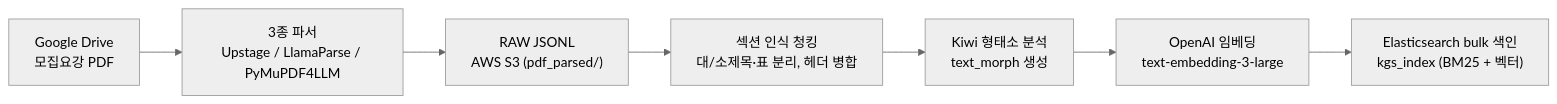
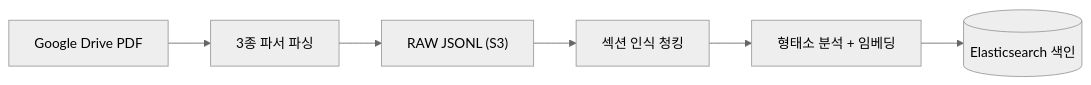
The second of 4 diagrams in README.md (ev1025/HY_LLM_Chain), drawn with Mermaid (neutral theme) before and after one commit. The commit also changed other lines of this file, not shown here.

````diff
--- a/README.md
+++ b/README.md
@@ -59,9 +124,8 @@
 ```mermaid
 flowchart LR
-    A["Google Drive<br/>모집요강 PDF"] --> B["3종 파서<br/>Upstage / LlamaParse / PyMuPDF4LLM"]
-    B --> C["RAW JSONL<br/>AWS S3 (pdf_parsed/)"]
-    C --> D["섹션 인식 청킹<br/>대/소제목·표 분리, 헤더 병합"]
-    D --> E["Kiwi 형태소 분석<br/>text_morph 생성"]
-    E --> F["OpenAI 임베딩<br/>text-embedding-3-large"]
-    F --> G["Elasticsearch bulk 색인<br/>kgs_index (BM25 + 벡터)"]
+    A["Google Drive PDF"] --> B["3종 파서 파싱"]
+    B --> C["RAW JSONL (S3)"]
+    C --> D["섹션 인식 청킹"]
+    D --> E["형태소 분석 + 임베딩"]
+    E --> F[("Elasticsearch 색인")]
 ```
````
